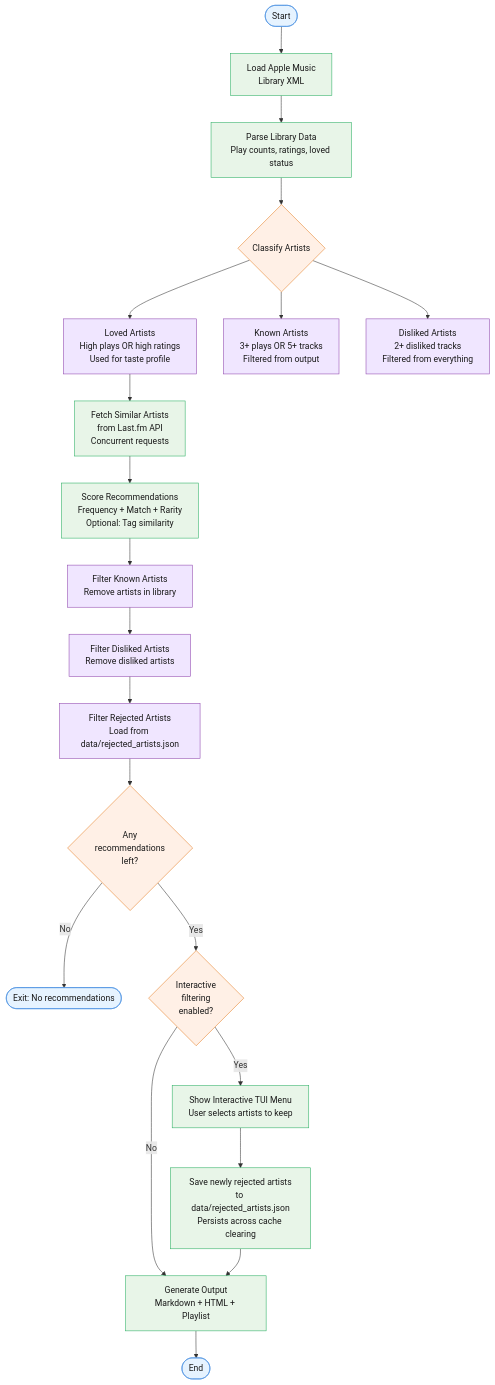
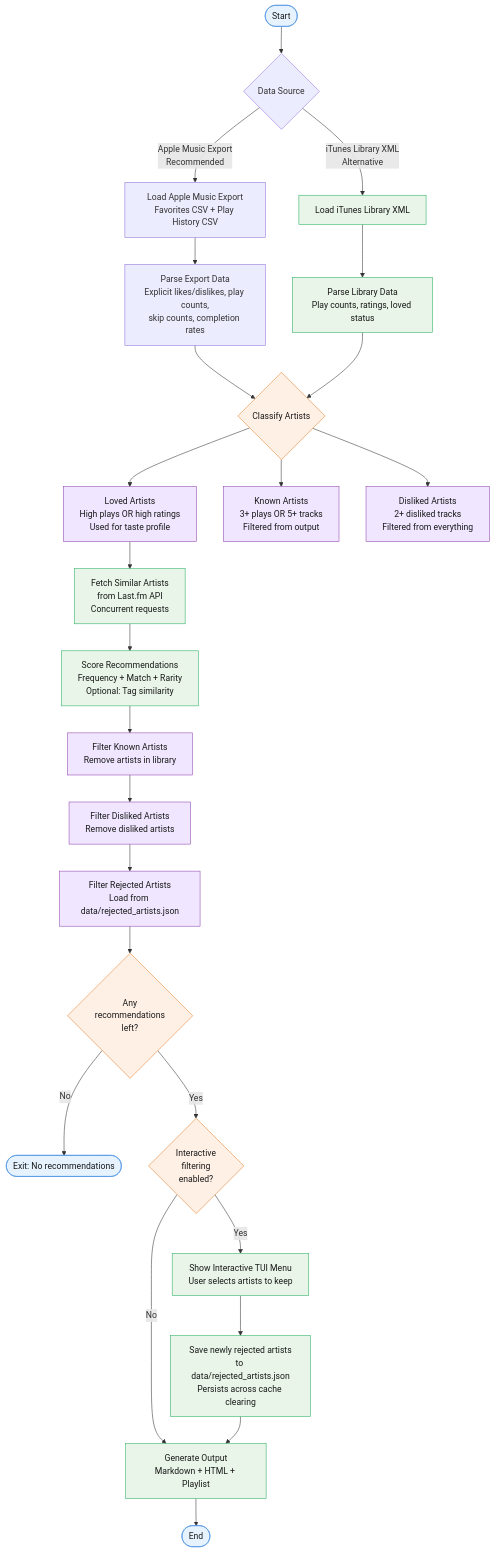
The diagram in README.md (sammcj/beatfinder), drawn with Mermaid before and after one commit. The commit also changed other lines of this file, not shown here.

````diff
--- a/README.md
+++ b/README.md
@@ -9,47 +45,53 @@
 ```mermaid
 flowchart TD
-    Start([Start]) --> LoadLibrary[Load Apple Music<br>Library XML]
+    Start([Start]) --> CheckSource{Data Source}
+
+    CheckSource -->|Apple Music Export<br>Recommended| LoadExport[Load Apple Music Export<br>Favorites CSV + Play History CSV]
+    CheckSource -->|iTunes Library XML<br>Alternative| LoadLibrary[Load iTunes Library XML]
+
+    LoadExport --> ParseExport[Parse Export Data<br>Explicit likes/dislikes, play counts,<br>skip counts, completion rates]
     LoadLibrary --> ParseLibrary[Parse Library Data<br>Play counts, ratings, loved status]
 
-    ParseLibrary --> ClassifyArtists{Classify Artists}
+    ParseExport --> ClassifyArtists{Classify Artists}
+    ParseLibrary --> ClassifyArtists
 
     ClassifyArtists --> LovedArtists[Loved Artists<br>High plays OR high ratings<br>Used for taste profile]
     ClassifyArtists --> KnownArtists[Known Artists<br>3+ plays OR 5+ tracks<br>Filtered from output]
     ClassifyArtists --> DislikedArtists[Disliked Artists<br>2+ disliked tracks<br>Filtered from everything]
 
     LovedArtists --> FetchSimilar[Fetch Similar Artists<br>from Last.fm API<br>Concurrent requests]
 
     FetchSimilar --> Score[Score Recommendations<br>Frequency + Match + Rarity<br>Optional: Tag similarity]
 
     Score --> FilterKnown[Filter Known Artists<br>Remove artists in library]
 
     FilterKnown --> FilterDisliked[Filter Disliked Artists<br>Remove disliked artists]
 
     FilterDisliked --> FilterRejected[Filter Rejected Artists<br>Load from data/rejected_artists.json]
 
     FilterRejected --> CheckEmpty{Any<br>recommendations<br>left?}
 
     CheckEmpty -->|No| NoRecs([Exit: No recommendations])
 
     CheckEmpty -->|Yes| CheckInteractive{Interactive<br>filtering<br>enabled?}
 
     CheckInteractive -->|Yes| ShowTUI[Show Interactive TUI Menu<br>User selects artists to keep]
     CheckInteractive -->|No| Output
 
     ShowTUI --> SaveRejected[Save newly rejected artists<br>to data/rejected_artists.json<br>Persists across cache clearing]
 
     SaveRejected --> Output[Generate Output<br>Markdown + HTML + Playlist]
 
     Output --> End([End])
 
     classDef inputOutput fill:#E6F3FF,stroke:#4A90E2,color:#1a1a1a
     classDef process fill:#E8F5E8,stroke:#27AE60,color:#1a1a1a
     classDef decision fill:#FFF0E6,stroke:#E67E22,color:#1a1a1a
     classDef filter fill:#F0E6FF,stroke:#8E44AD,color:#1a1a1a
     classDef stop fill:#F8D7DA,stroke:#E74C3C,color:#1a1a1a
 
     class Start,End,NoRecs inputOutput
     class LoadLibrary,ParseLibrary,FetchSimilar,Score,ShowTUI,SaveRejected,Output process
     class ClassifyArtists,CheckEmpty,CheckInteractive decision
     class LovedArtists,KnownArtists,DislikedArtists,FilterKnown,FilterDisliked,FilterRejected filter
 ```
````
